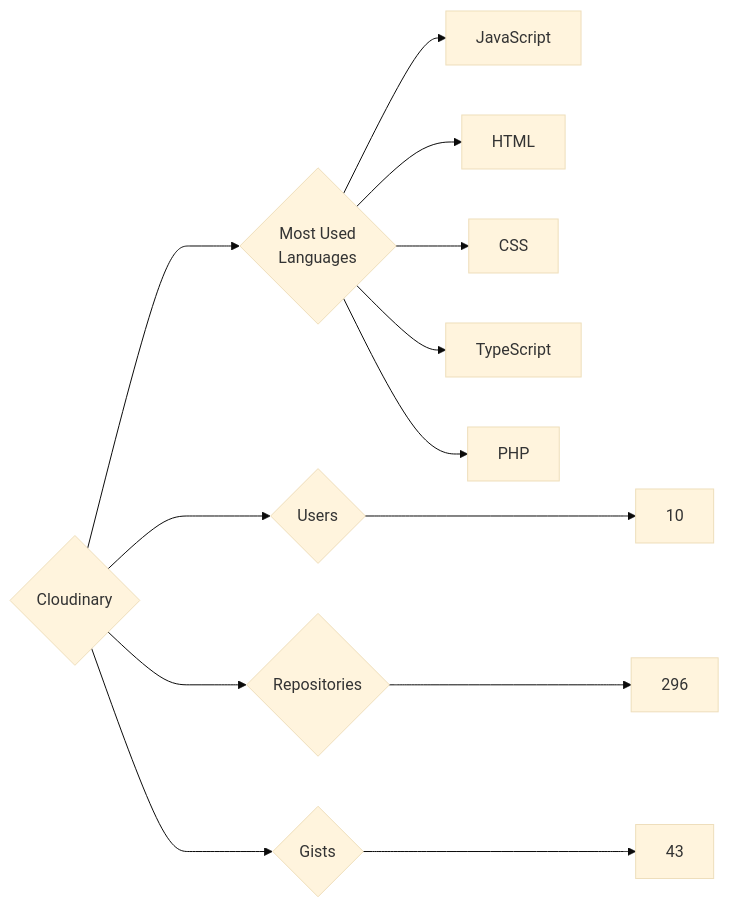
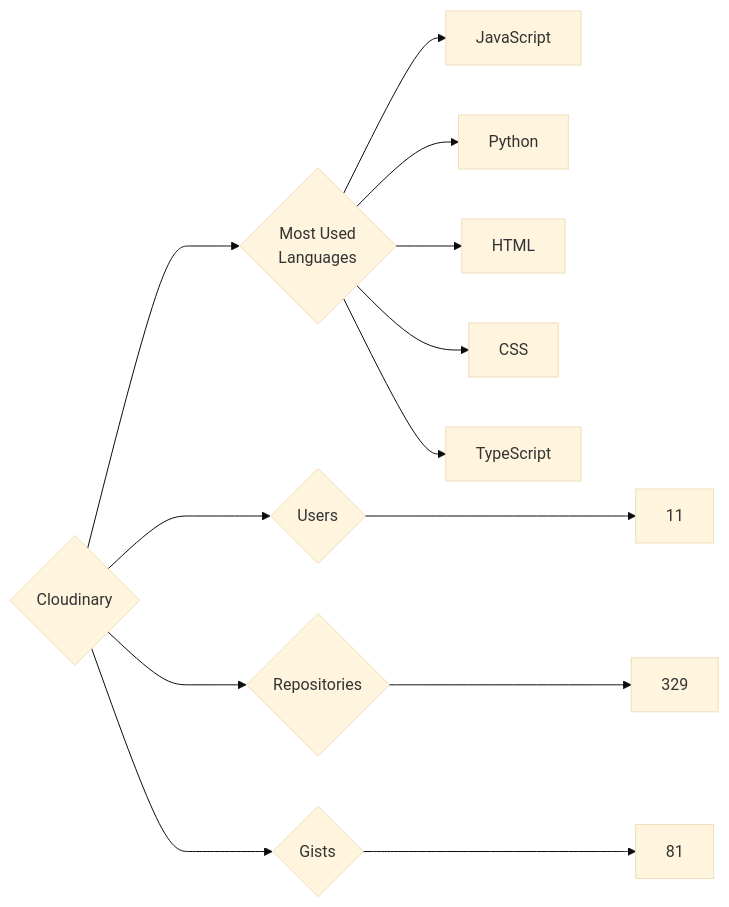
The diagram in targets/Cloudinary/README.md (trickest/insiders), drawn with Mermaid (base theme) before and after one commit. The commit also changed 997 other files, not shown here.

````diff
--- a/targets/Cloudinary/README.md
+++ b/targets/Cloudinary/README.md
@@ -3,13 +3,13 @@
 ```mermaid
 graph LR
 COMPANY_NAME{Cloudinary}
-COMPANY_NAME ---> U{Users} ---> UN[10]
-COMPANY_NAME ---> R{Repositories} ---> RN[296]
-COMPANY_NAME ---> G{Gists} ---> GN[43]
+COMPANY_NAME ---> U{Users} ---> UN[11]
+COMPANY_NAME ---> R{Repositories} ---> RN[329]
+COMPANY_NAME ---> G{Gists} ---> GN[81]
 COMPANY_NAME ---> ML{Most Used<br>Languages}
 ML --> JavaScript[JavaScript]
+ML --> Python[Python]
 ML --> HTML[HTML]
 ML --> CSS[CSS]
 ML --> TypeScript[TypeScript]
-ML --> PHP[PHP]
 ```
````
